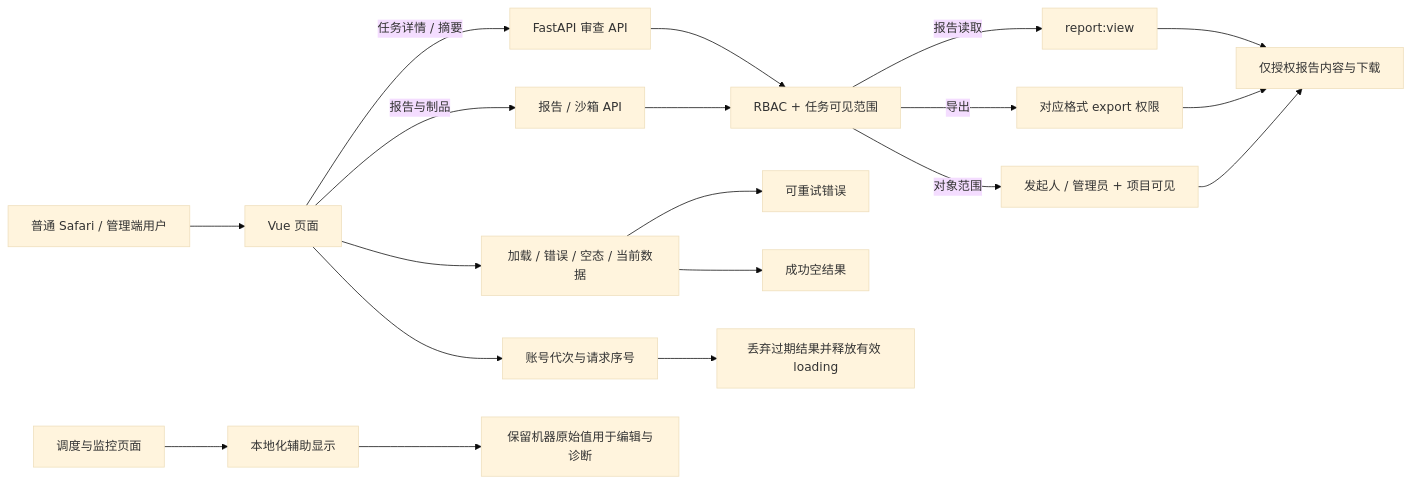
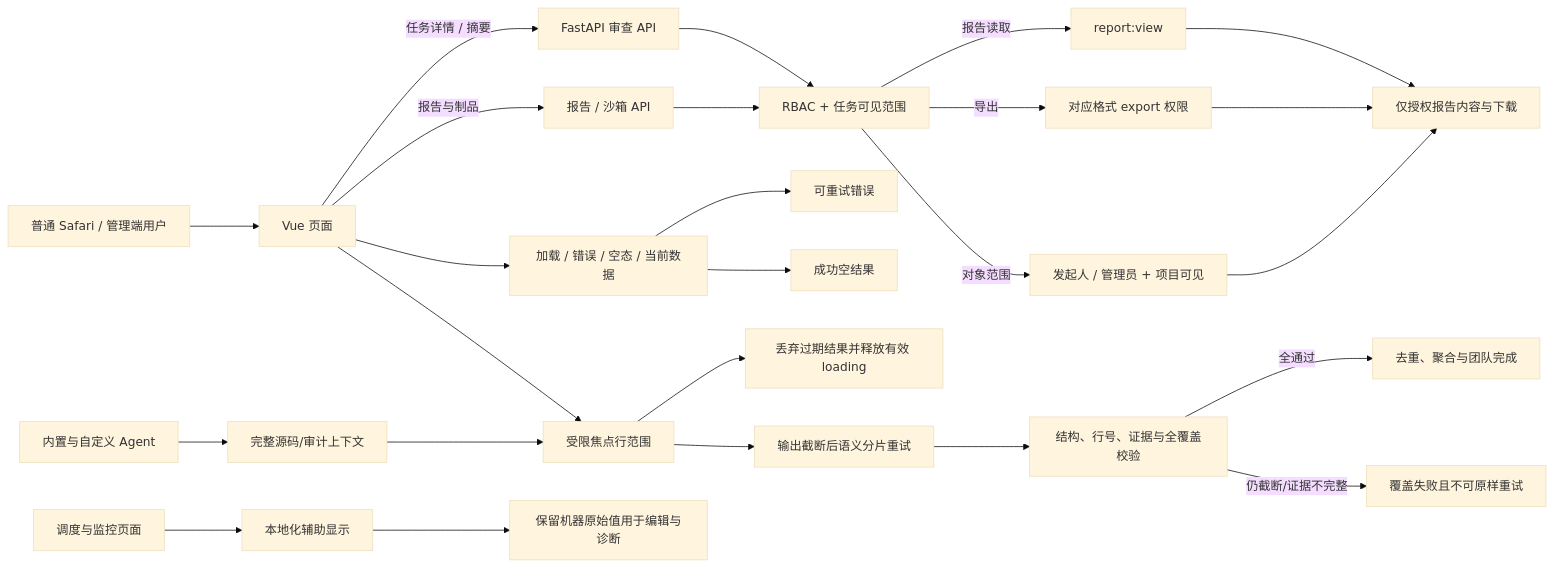
Before and after one commit to OUTLElijiadong/llm-agent-code-review: the diagram in docs/完整体验问题修复20260929/DESIGN_完整体验问题修复.md, drawn with Mermaid (base theme). The commit also changed other lines of this file and 37 other files, not shown here.

````diff
--- a/docs/完整体验问题修复20260929/DESIGN_完整体验问题修复.md
+++ b/docs/完整体验问题修复20260929/DESIGN_完整体验问题修复.md
@@ -5,21 +5,27 @@
 ```mermaid
 flowchart LR
   USER[普通 Safari / 管理端用户] --> FE[Vue 页面]
   FE -->|任务详情 / 摘要| REVIEW[FastAPI 审查 API]
   FE -->|报告与制品| REPORT[报告 / 沙箱 API]
   REVIEW --> AUTH[RBAC + 任务可见范围]
   REPORT --> AUTH
   AUTH -->|报告读取| VIEW[report:view]
   AUTH -->|导出| FORMAT[对应格式 export 权限]
   AUTH -->|对象范围| OWNER[发起人 / 管理员 + 项目可见]
   VIEW --> RESULT[仅授权报告内容与下载]
   FORMAT --> RESULT
   OWNER --> RESULT
   FE --> STATUS[加载 / 错误 / 空态 / 当前数据]
   STATUS --> RETRY[可重试错误]
   STATUS --> EMPTY[成功空结果]
   FE --> SCOPE[账号代次与请求序号]
   SCOPE --> ISOLATE[丢弃过期结果并释放有效 loading]
-  OPS[调度与监控页面] --> LABELS[本地化辅助显示]
-  LABELS --> RAW[保留机器原始值用于编辑与诊断]
+OPS[调度与监控页面] --> LABELS[本地化辅助显示]
+LABELS --> RAW[保留机器原始值用于编辑与诊断]
+CHAT[内置与自定义 Agent] --> SAFE[完整源码/审计上下文]
+SAFE --> SCOPE[受限焦点行范围]
+SCOPE --> RECOVER[输出截断后语义分片重试]
+RECOVER --> VERIFY[结构、行号、证据与全覆盖校验]
+VERIFY -->|全通过| MERGE[去重、聚合与团队完成]
+VERIFY -->|仍截断/证据不完整| FAIL[覆盖失败且不可原样重试]
 ```
````
